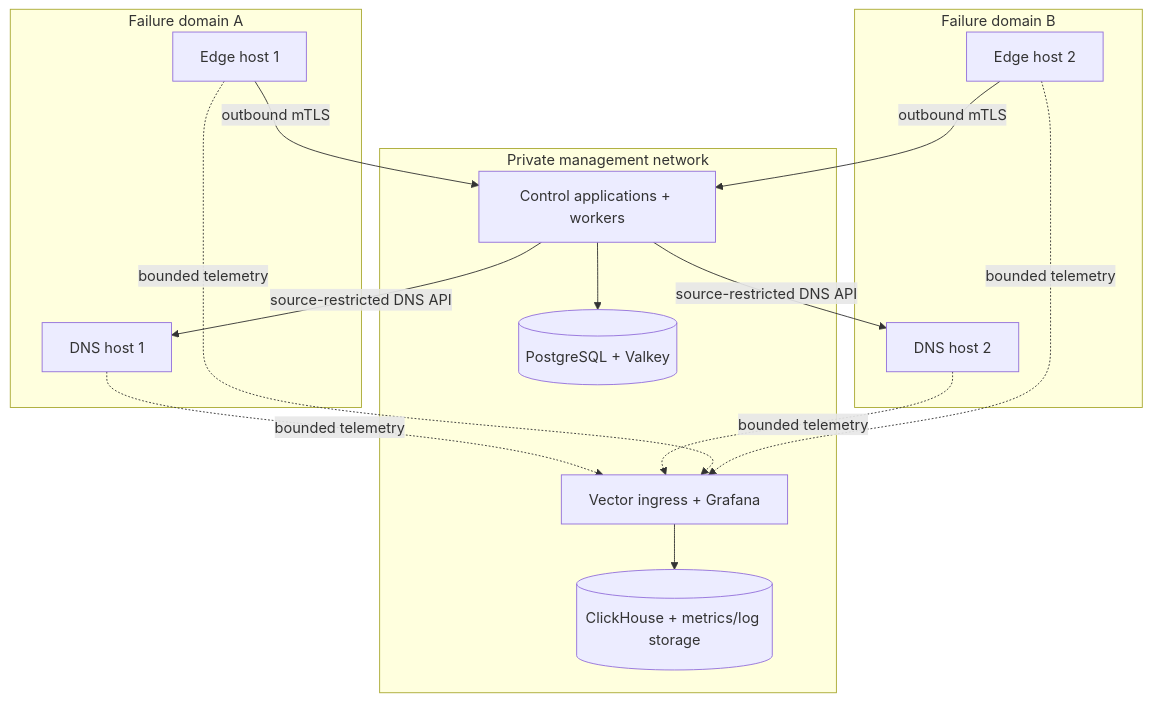
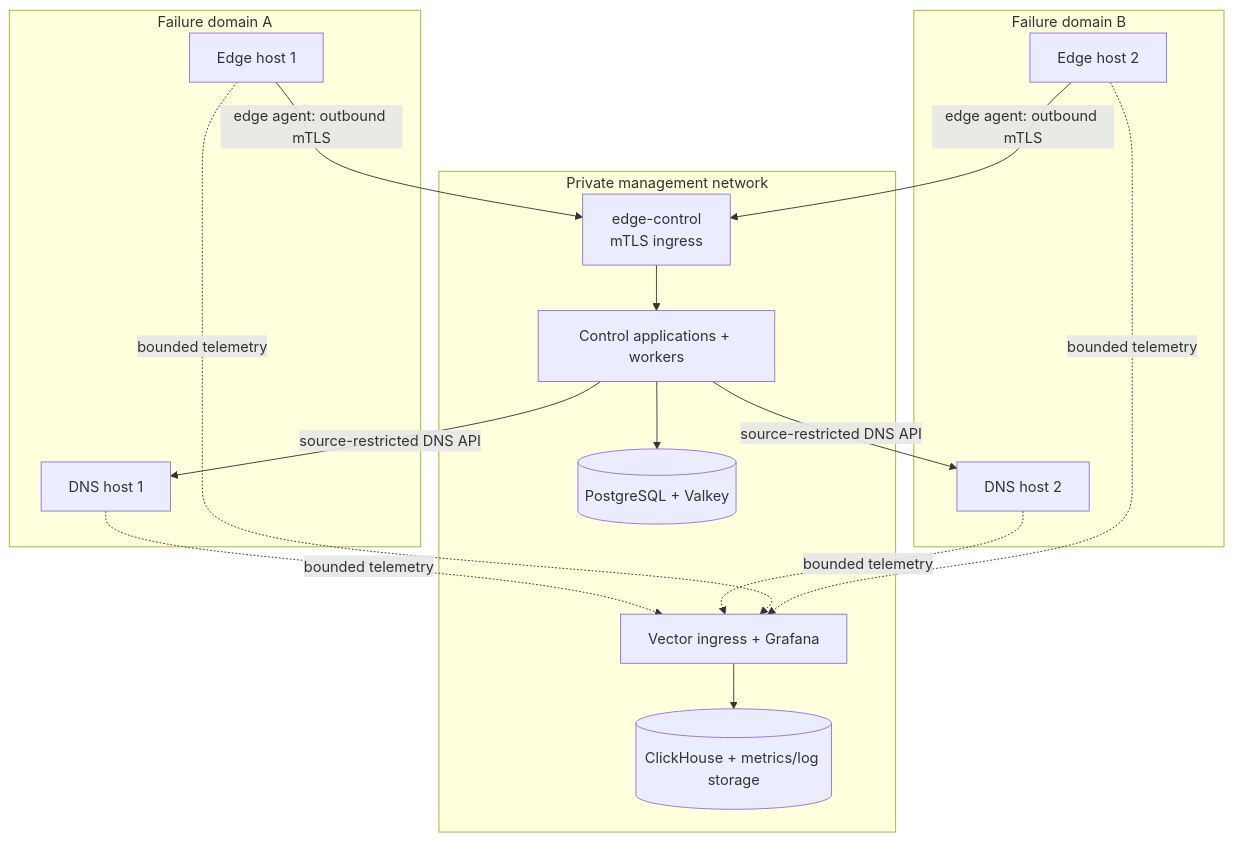
The second of 4 diagrams in docs/architecture/production-reference-architectures.md (vaheed/CDNFoundry), drawn with Mermaid before and after one commit. The commit also changed 8 other files, not shown here.

Commit message:
feat: update CI workflow job name; enhance documentation with edge-control mTLS ingress details and related flowcharts

````diff
--- a/docs/architecture/production-reference-architectures.md
+++ b/docs/architecture/production-reference-architectures.md
@@ -91,27 +91,29 @@
 ```mermaid
 flowchart TB
     subgraph Management["Private management network"]
       Control["Control applications + workers"]
+      EdgeControl["edge-control<br/>mTLS ingress"]
       ControlData[("PostgreSQL + Valkey")]
       Telemetry["Vector ingress + Grafana"]
       TelemetryData[("ClickHouse + metrics/log storage")]
       Control --> ControlData
       Telemetry --> TelemetryData
     end
     subgraph POP1["Failure domain A"]
       DNS1["DNS host 1"]
       Edge1["Edge host 1"]
     end
     subgraph POP2["Failure domain B"]
       DNS2["DNS host 2"]
       Edge2["Edge host 2"]
     end
     Control -->|"source-restricted DNS API"| DNS1
     Control -->|"source-restricted DNS API"| DNS2
-    Edge1 -->|"outbound mTLS"| Control
-    Edge2 -->|"outbound mTLS"| Control
+    Edge1 -->|"edge agent: outbound mTLS"| EdgeControl
+    Edge2 -->|"edge agent: outbound mTLS"| EdgeControl
+    EdgeControl --> Control
     DNS1 -. "bounded telemetry" .-> Telemetry
     DNS2 -. "bounded telemetry" .-> Telemetry
     Edge1 -. "bounded telemetry" .-> Telemetry
     Edge2 -. "bounded telemetry" .-> Telemetry
 ```
````
